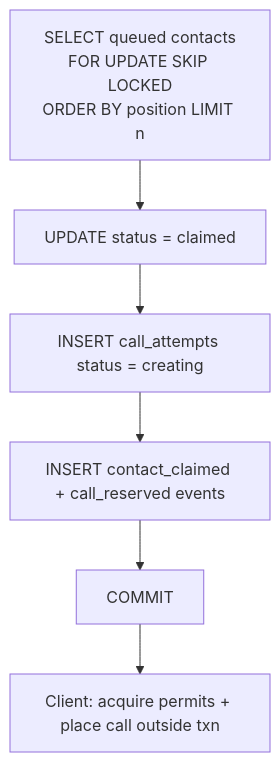
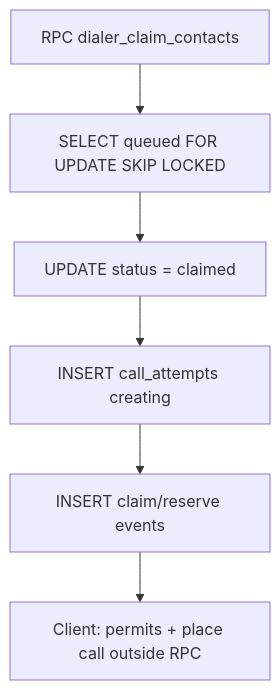
The fifth of 7 diagrams in docs/ARCHITECTURE.md (daniel-citrus/concurrent-outbound-dialer), drawn with Mermaid before and after one commit. The commit also changed other lines of this file and 31 other files, not shown here.

````diff
--- a/docs/ARCHITECTURE.md
+++ b/docs/ARCHITECTURE.md
@@ -305,8 +250,8 @@
 ```mermaid
 flowchart TB
-  A["SELECT queued contacts\nFOR UPDATE SKIP LOCKED\nORDER BY position LIMIT n"] --> B["UPDATE status = claimed"]
-  B --> C["INSERT call_attempts status = creating"]
-  C --> D["INSERT contact_claimed + call_reserved events"]
-  D --> E[COMMIT]
-  E --> F["Client: acquire permits + place call outside txn"]
+  A["RPC dialer_claim_contacts"] --> B["SELECT queued FOR UPDATE SKIP LOCKED"]
+  B --> C["UPDATE status = claimed"]
+  C --> D["INSERT call_attempts creating"]
+  D --> E["INSERT claim/reserve events"]
+  E --> F["Client: permits + place call outside RPC"]
 ```
````
